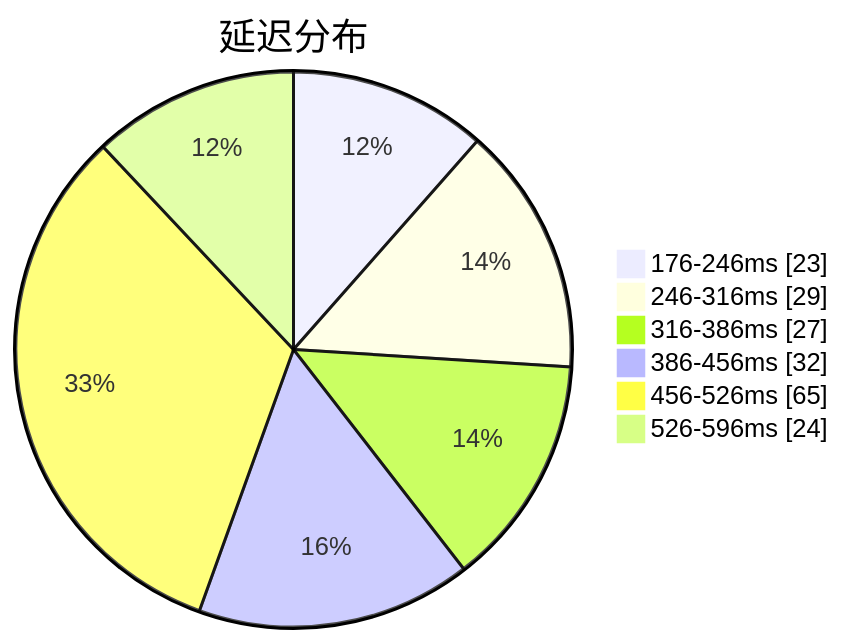
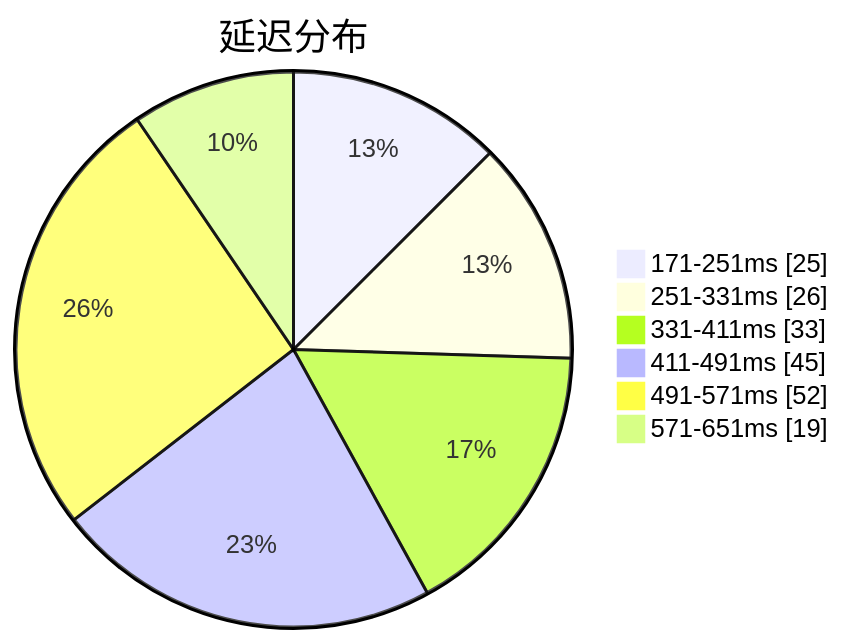
The first of 3 diagrams in subs/statistics/tested_within.md (qjlxg/airport), drawn with Mermaid before and after one commit. The commit also changed other lines of this file and 2 other files, not shown here.

````diff
--- a/subs/statistics/tested_within.md
+++ b/subs/statistics/tested_within.md
@@ -2,10 +2,10 @@
 ```mermaid
 pie showData
 title 延迟分布
-"176-246ms" : 23
-"246-316ms" : 29
-"316-386ms" : 27
-"386-456ms" : 32
-"456-526ms" : 65
-"526-596ms" : 24
+"171-251ms" : 25
+"251-331ms" : 26
+"331-411ms" : 33
+"411-491ms" : 45
+"491-571ms" : 52
+"571-651ms" : 19
 ```
````
